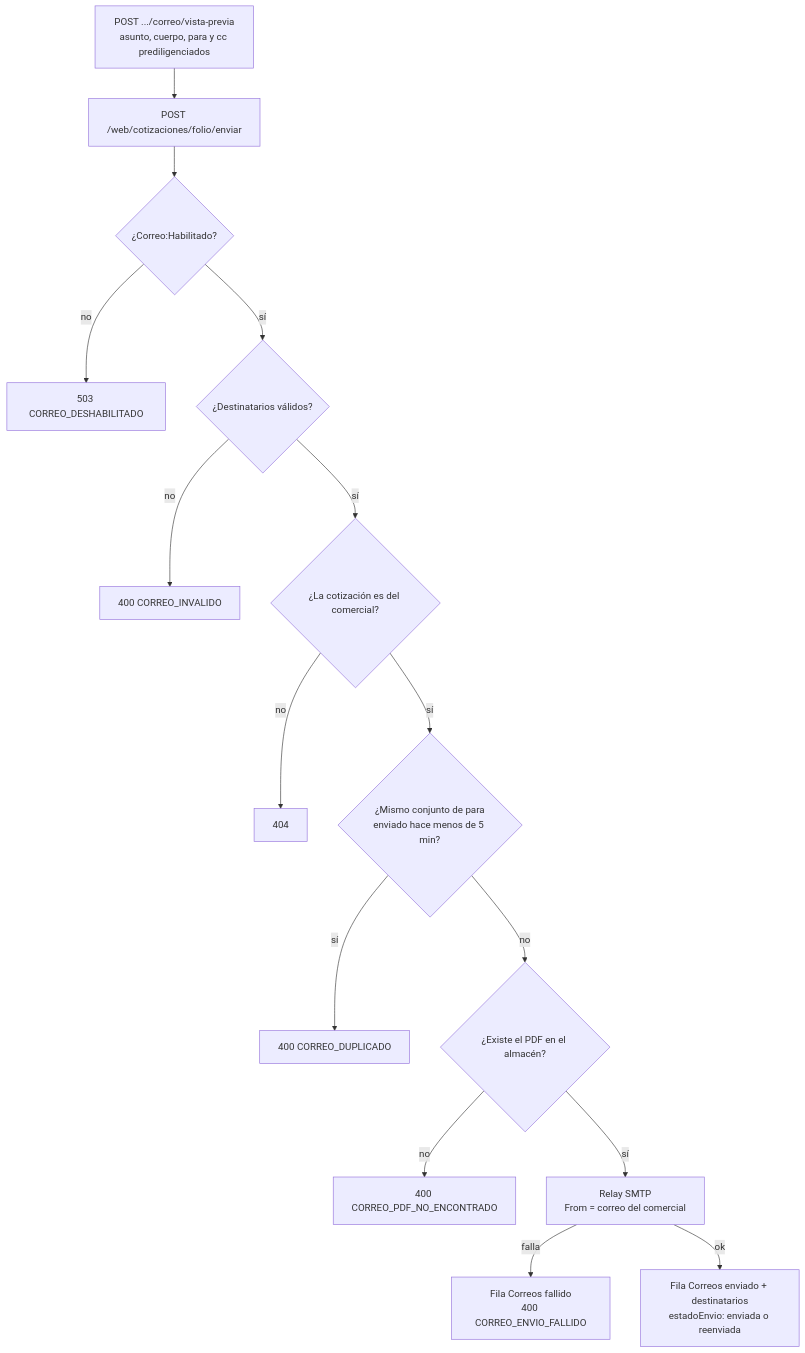
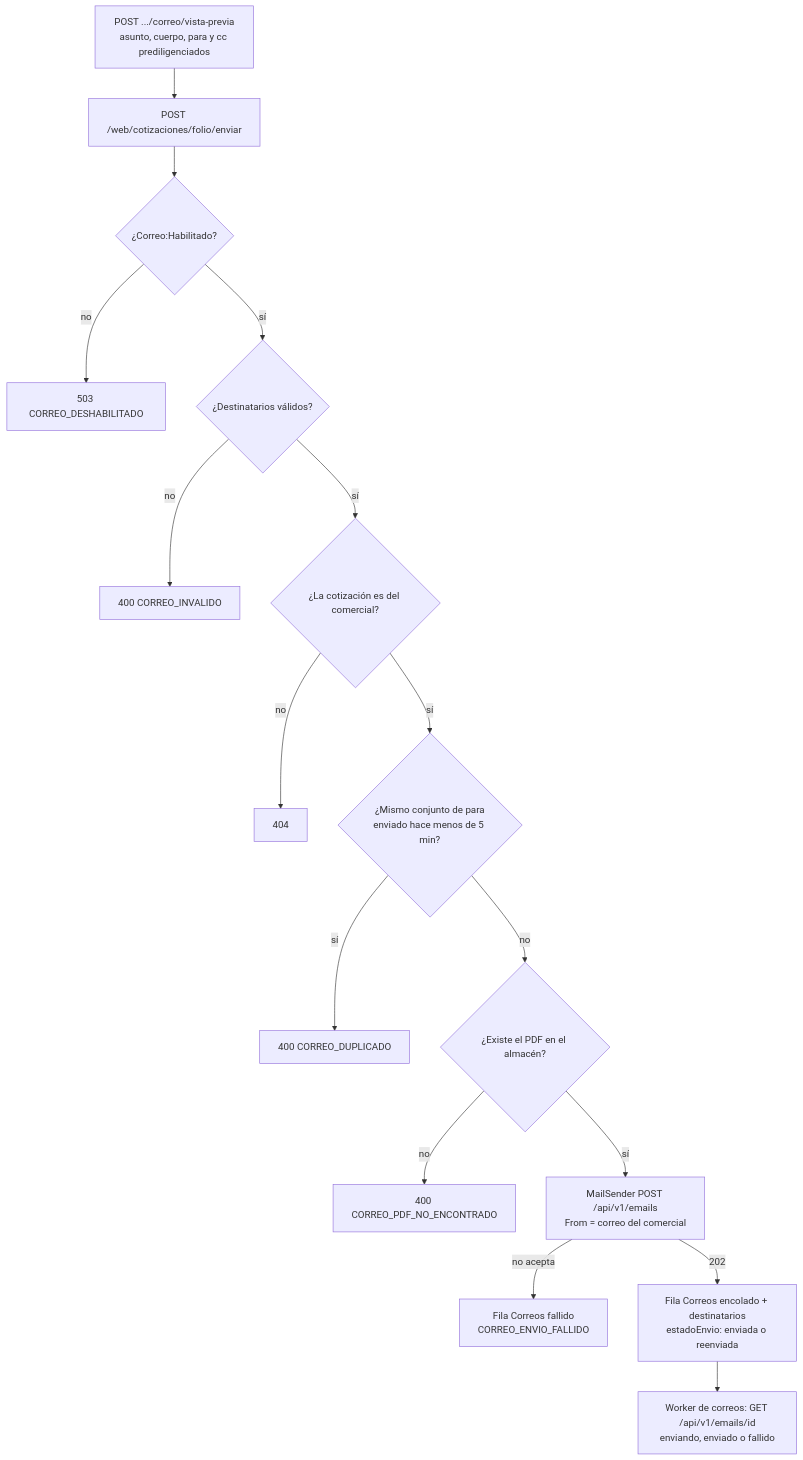
The fifth of 6 diagrams in backend-dotnet/docs/04-flujo-del-sistema.md (InnovacionIA-proyectos/Cotifly), drawn with Mermaid before and after one commit. The commit also changed 25 other files, not shown here.

````diff
--- a/backend-dotnet/docs/04-flujo-del-sistema.md
+++ b/backend-dotnet/docs/04-flujo-del-sistema.md
@@ -132,17 +132,18 @@
 ```mermaid
 flowchart TD
     previa[POST .../correo/vista-previa<br/>asunto, cuerpo, para y cc prediligenciados] --> enviar[POST /web/cotizaciones/folio/enviar]
     enviar --> hab{¿Correo:Habilitado?}
     hab -- no --> deshab[503 CORREO_DESHABILITADO]
     hab -- sí --> dest{¿Destinatarios válidos?}
     dest -- no --> inval[400 CORREO_INVALIDO]
     dest -- sí --> duenio{¿La cotización es del comercial?}
     duenio -- no --> nf[404]
     duenio -- sí --> dup{¿Mismo conjunto de para<br/>enviado hace menos de 5 min?}
     dup -- sí --> dupl[400 CORREO_DUPLICADO]
     dup -- no --> pdf{¿Existe el PDF en el almacén?}
     pdf -- no --> sinpdf[400 CORREO_PDF_NO_ENCONTRADO]
-    pdf -- sí --> relay[Relay SMTP<br/>From = correo del comercial]
-    relay -- falla --> fallido[Fila Correos fallido<br/>400 CORREO_ENVIO_FALLIDO]
-    relay -- ok --> ok[Fila Correos enviado + destinatarios<br/>estadoEnvio: enviada o reenviada]
+    pdf -- sí --> relay[MailSender POST /api/v1/emails<br/>From = correo del comercial]
+    relay -- no acepta --> fallido[Fila Correos fallido<br/>CORREO_ENVIO_FALLIDO]
+    relay -- 202 --> ok[Fila Correos encolado + destinatarios<br/>estadoEnvio: enviada o reenviada]
+    ok --> worker[Worker de correos: GET /api/v1/emails/id<br/>enviando, enviado o fallido]
 ```
````
